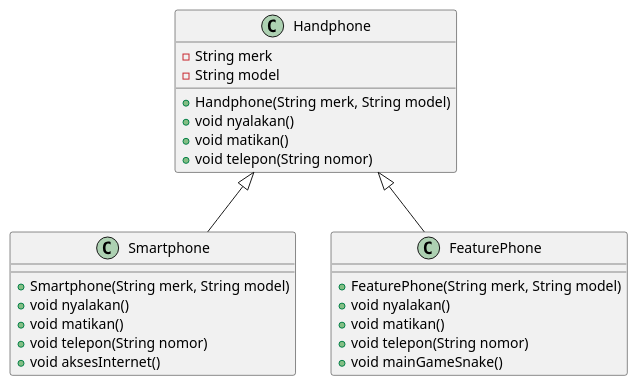
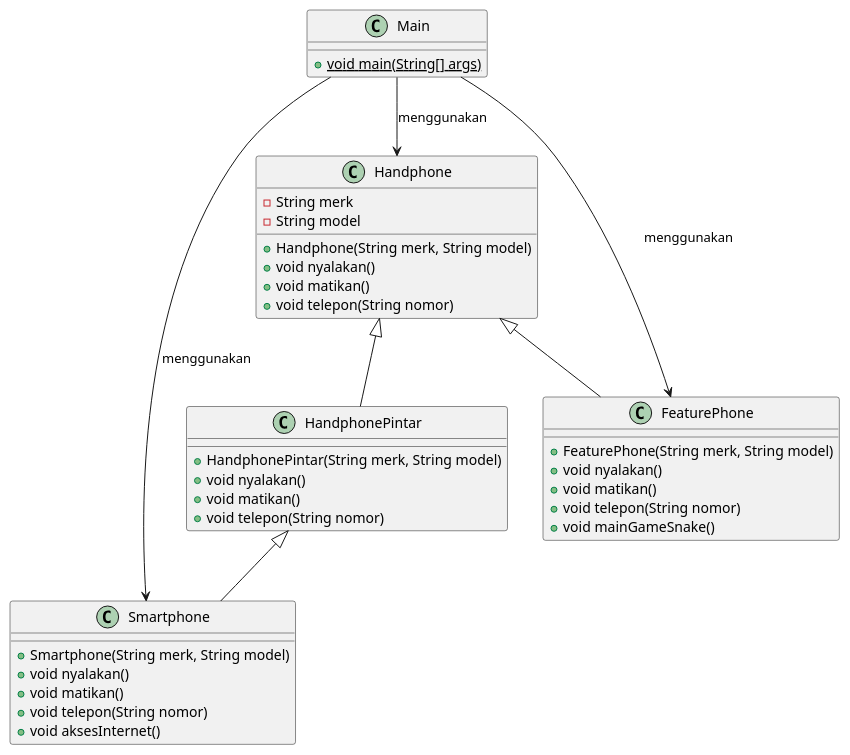
One commit to Rrkhaa/pbo changed the diagram in polimorfisme/Handphone.puml. Above: the diagram before and after it, drawn with PlantUML.

```diff
--- a/polimorfisme/Handphone.puml
+++ b/polimorfisme/Handphone.puml
@@ -1,29 +1,44 @@
 @startuml
+class Main {
+    + {static} void main(String[] args)
+}
+
 class Handphone {
     - String merk
     - String model
     + Handphone(String merk, String model)
+    + void nyalakan()
+    + void matikan()
+    + void telepon(String nomor)
+}
+
+class HandphonePintar {
+    + HandphonePintar(String merk, String model)
     + void nyalakan()
     + void matikan()
     + void telepon(String nomor)
 }
 
 class Smartphone {
     + Smartphone(String merk, String model)
     + void nyalakan()
     + void matikan()
     + void telepon(String nomor)
     + void aksesInternet()
 }
 
 class FeaturePhone {
     + FeaturePhone(String merk, String model)
     + void nyalakan()
     + void matikan()
     + void telepon(String nomor)
     + void mainGameSnake()
 }
 
-Handphone <|-- Smartphone
+Handphone <|-- HandphonePintar
+HandphonePintar <|-- Smartphone
 Handphone <|-- FeaturePhone
+Main --> Handphone : menggunakan
+Main --> Smartphone : menggunakan
+Main --> FeaturePhone : menggunakan
 @enduml
```
